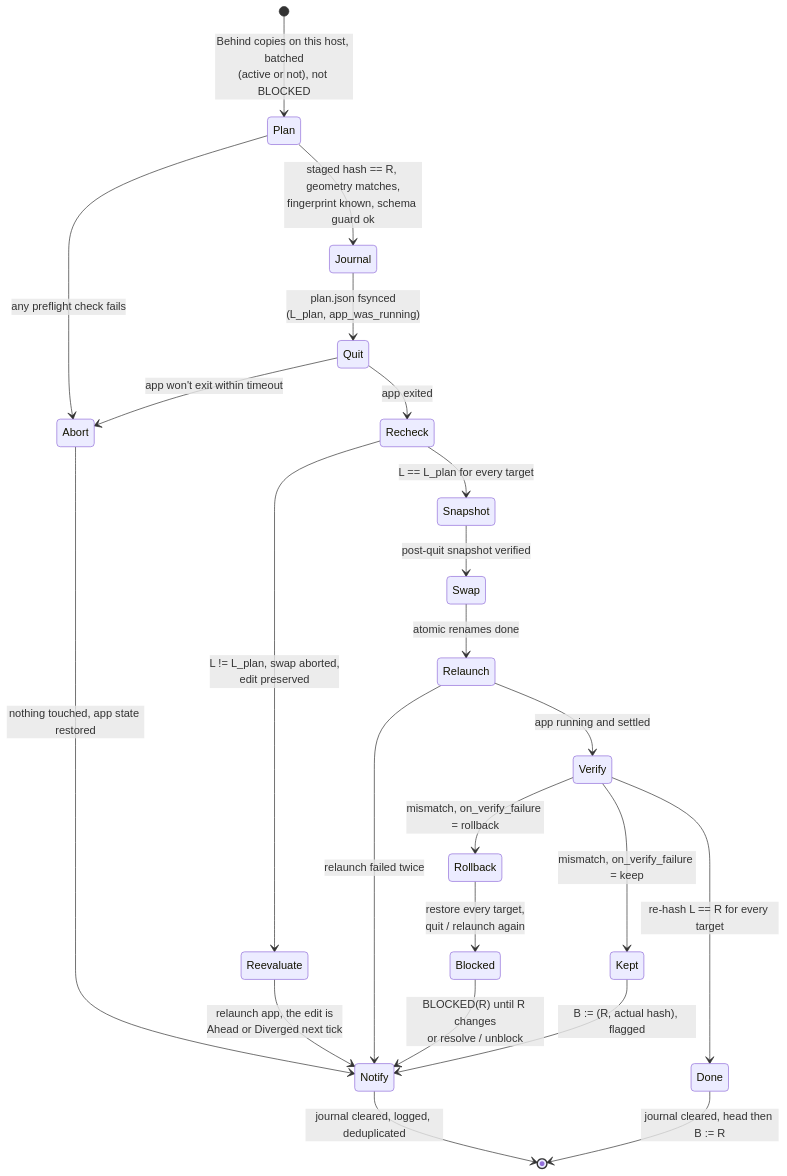
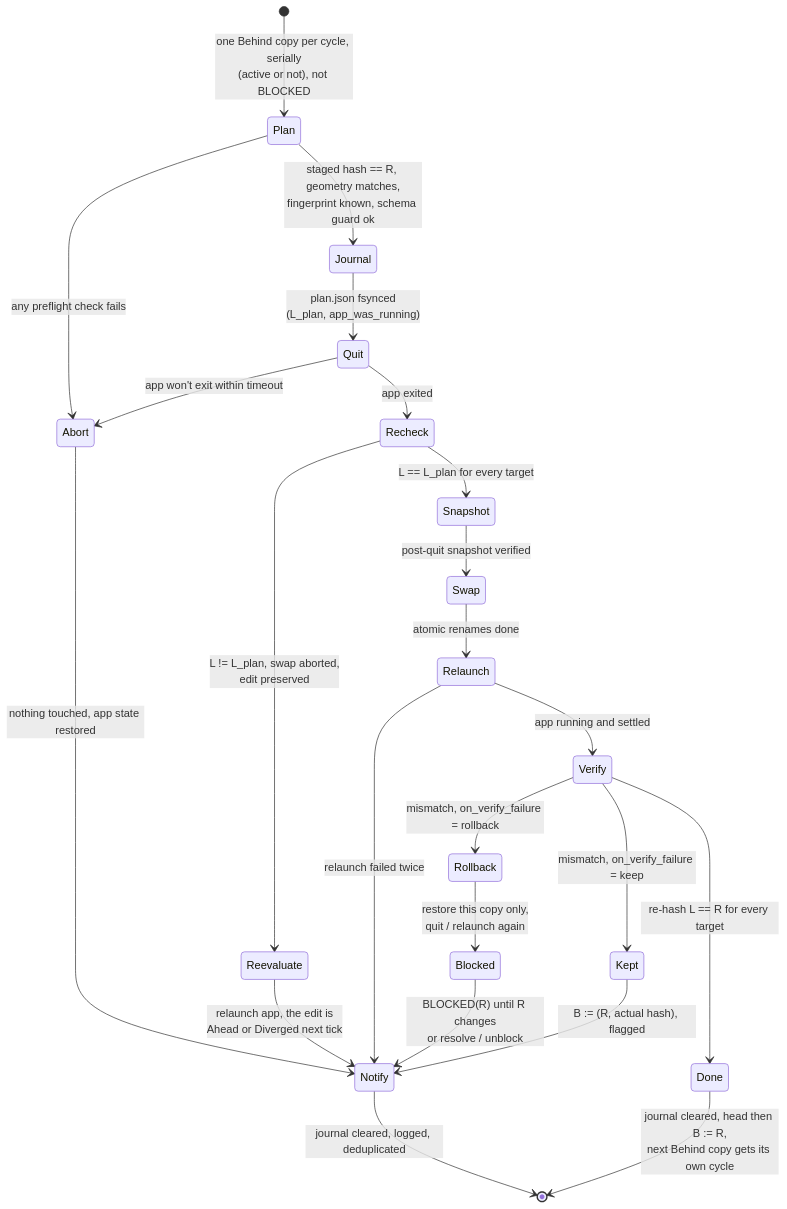
Before and after one commit to csmarshall/mac-streamdeck-sync: the diagram in docs/apply-states.mmd, drawn with Mermaid. The commit also changed 4 other files, not shown here.

Commit message:
docs(#5): apply Behind copies serially, one copy per restart; rollback per copy

```diff
--- a/docs/apply-states.mmd
+++ b/docs/apply-states.mmd
@@ -1,24 +1,24 @@
 stateDiagram-v2
     direction TB
-    [*] --> Plan: Behind copies on this host, batched<br/>(active or not), not BLOCKED
+    [*] --> Plan: one Behind copy per cycle, serially<br/>(active or not), not BLOCKED
     Plan --> Abort: any preflight check fails
     Plan --> Journal: staged hash == R, geometry matches,<br/>fingerprint known, schema guard ok
     Journal --> Quit: plan.json fsynced<br/>(L_plan, app_was_running)
     Quit --> Abort: app won't exit within timeout
     Quit --> Recheck: app exited
     Recheck --> Reevaluate: L != L_plan, swap aborted,<br/>edit preserved
     Recheck --> Snapshot: L == L_plan for every target
     Snapshot --> Swap: post-quit snapshot verified
     Swap --> Relaunch: atomic renames done
     Relaunch --> Notify: relaunch failed twice
     Relaunch --> Verify: app running and settled
     Verify --> Rollback: mismatch, on_verify_failure = rollback
     Verify --> Kept: mismatch, on_verify_failure = keep
-    Rollback --> Blocked: restore every target,<br/>quit / relaunch again
+    Rollback --> Blocked: restore this copy only,<br/>quit / relaunch again
     Blocked --> Notify: BLOCKED(R) until R changes<br/>or resolve / unblock
     Kept --> Notify: B := (R, actual hash), flagged
     Reevaluate --> Notify: relaunch app, the edit is<br/>Ahead or Diverged next tick
     Abort --> Notify: nothing touched, app state restored
     Verify --> Done: re-hash L == R for every target
-    Done --> [*]: journal cleared, head then B := R
+    Done --> [*]: journal cleared, head then B := R,<br/>next Behind copy gets its own cycle
     Notify --> [*]: journal cleared, logged, deduplicated
```
